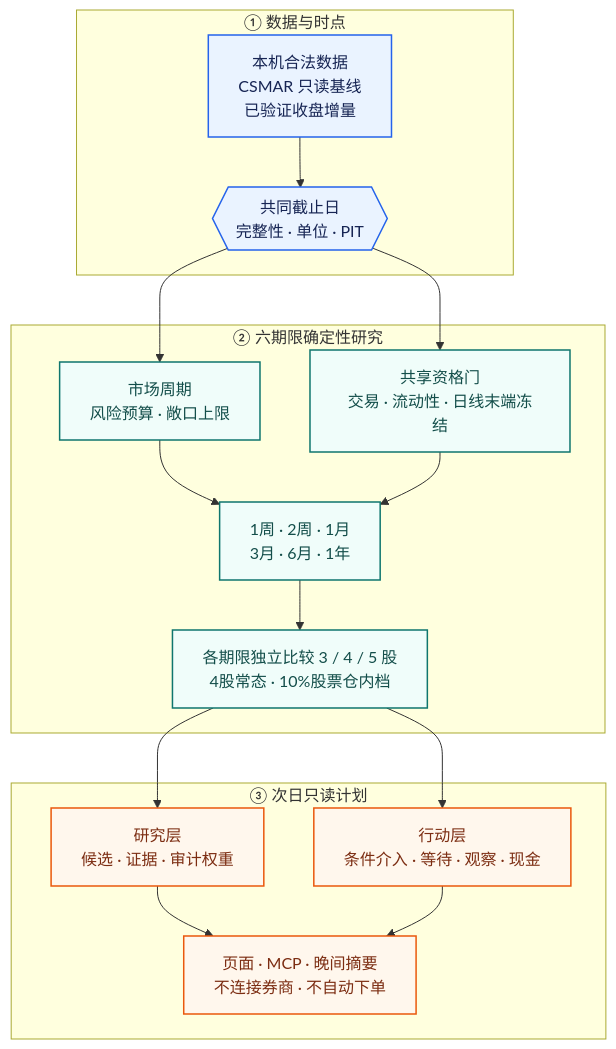
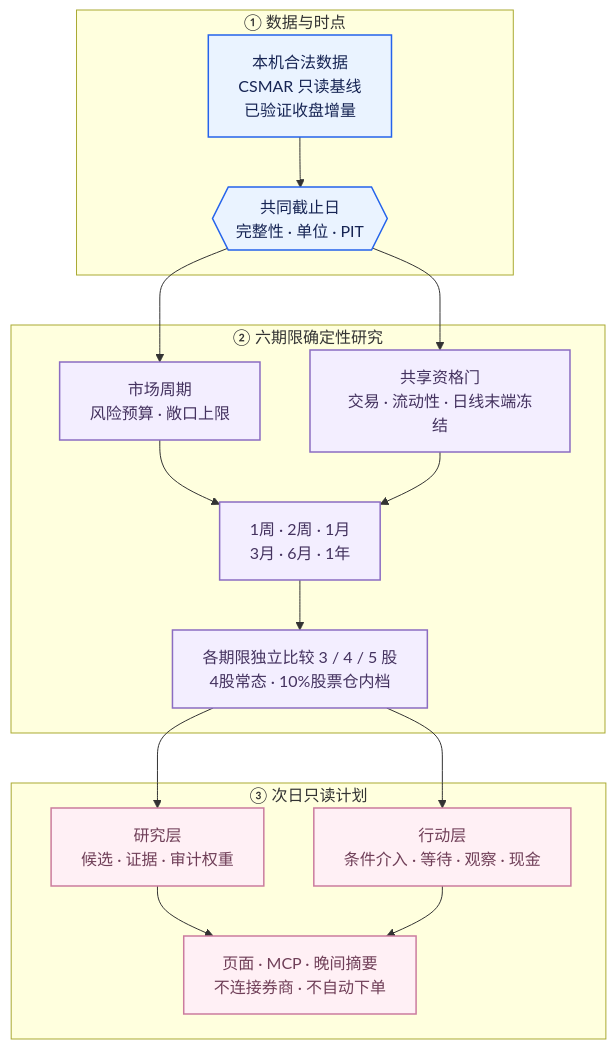
Before and after one commit to zerongwong/a-share-lab: the first of 3 diagrams in README.md, drawn with Mermaid. The commit also changed other lines of this file and 33 other files, not shown here.

````diff
--- a/README.md
+++ b/README.md
@@ -110,37 +117,37 @@
 ```mermaid
 flowchart TB
     subgraph INPUT["① 数据与时点"]
         A["本机合法数据<br/>CSMAR 只读基线<br/>已验证收盘增量"]
         B{{"共同截止日<br/>完整性 · 单位 · PIT"}}
         A --> B
     end
 
     subgraph ENGINE["② 六期限确定性研究"]
         C["市场周期<br/>风险预算 · 敞口上限"]
         D["共享资格门<br/>交易 · 流动性 · 日线末端冻结"]
         E["1周 · 2周 · 1月<br/>3月 · 6月 · 1年"]
         F["各期限独立比较 3 / 4 / 5 股<br/>4股常态 · 10%股票仓内档"]
         C --> E
         D --> E --> F
     end
 
     subgraph OUTPUT["③ 次日只读计划"]
         G["研究层<br/>候选 · 证据 · 审计权重"]
         H["行动层<br/>条件介入 · 等待 · 观察 · 现金"]
         I["页面 · MCP · 晚间摘要<br/>不连接券商 · 不自动下单"]
         G --> I
         H --> I
     end
 
     B --> C
     B --> D
     F --> G
     F --> H
 
     classDef data fill:#EAF3FF,stroke:#2563EB,color:#172554,stroke-width:1.5px;
-    classDef engine fill:#F0FDFA,stroke:#0F766E,color:#134E4A,stroke-width:1.5px;
-    classDef output fill:#FFF7ED,stroke:#EA580C,color:#7C2D12,stroke-width:1.5px;
+    classDef engine fill:#F3EEFF,stroke:#8B6CC2,color:#44325F,stroke-width:1.5px;
+    classDef output fill:#FFF0F5,stroke:#CB7C9E,color:#703F58,stroke-width:1.5px;
     class A,B data;
     class C,D,E,F engine;
     class G,H,I output;
 ```
````
